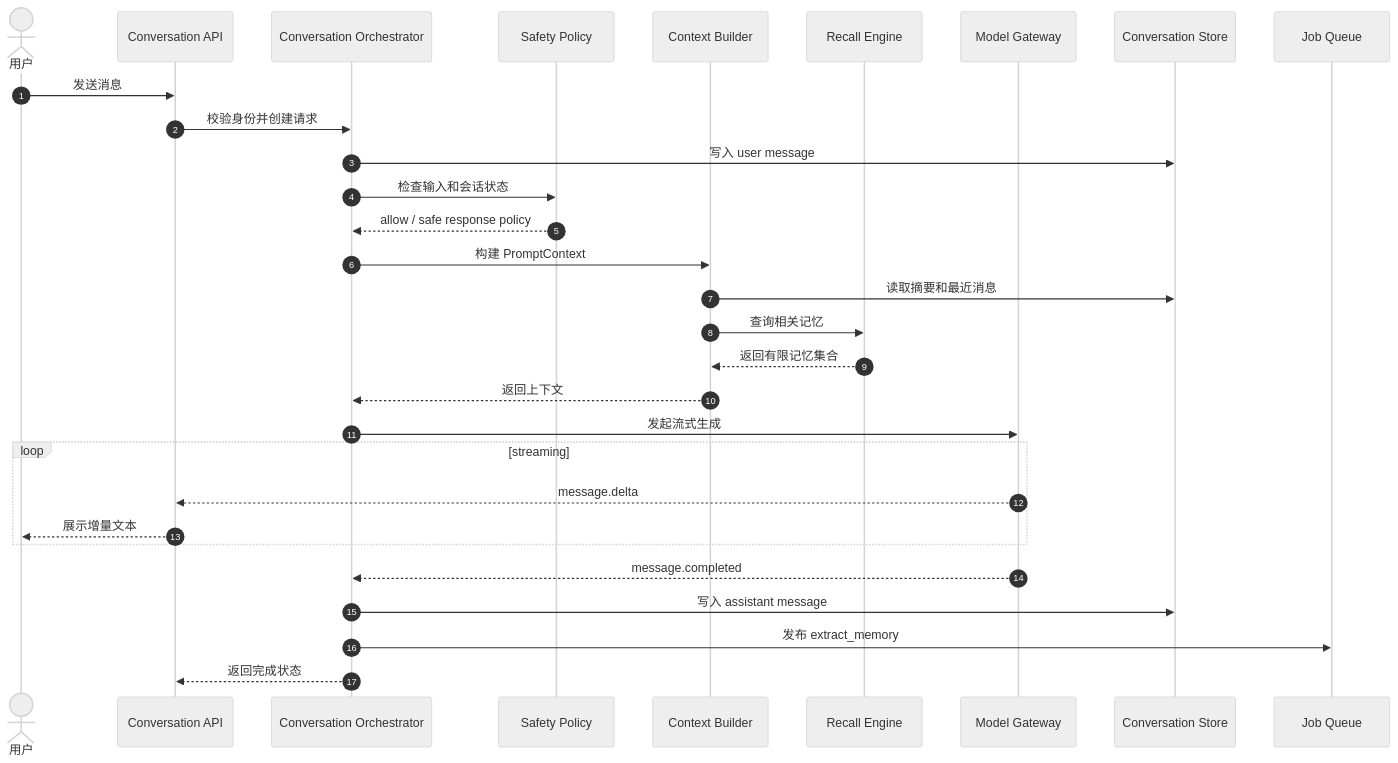
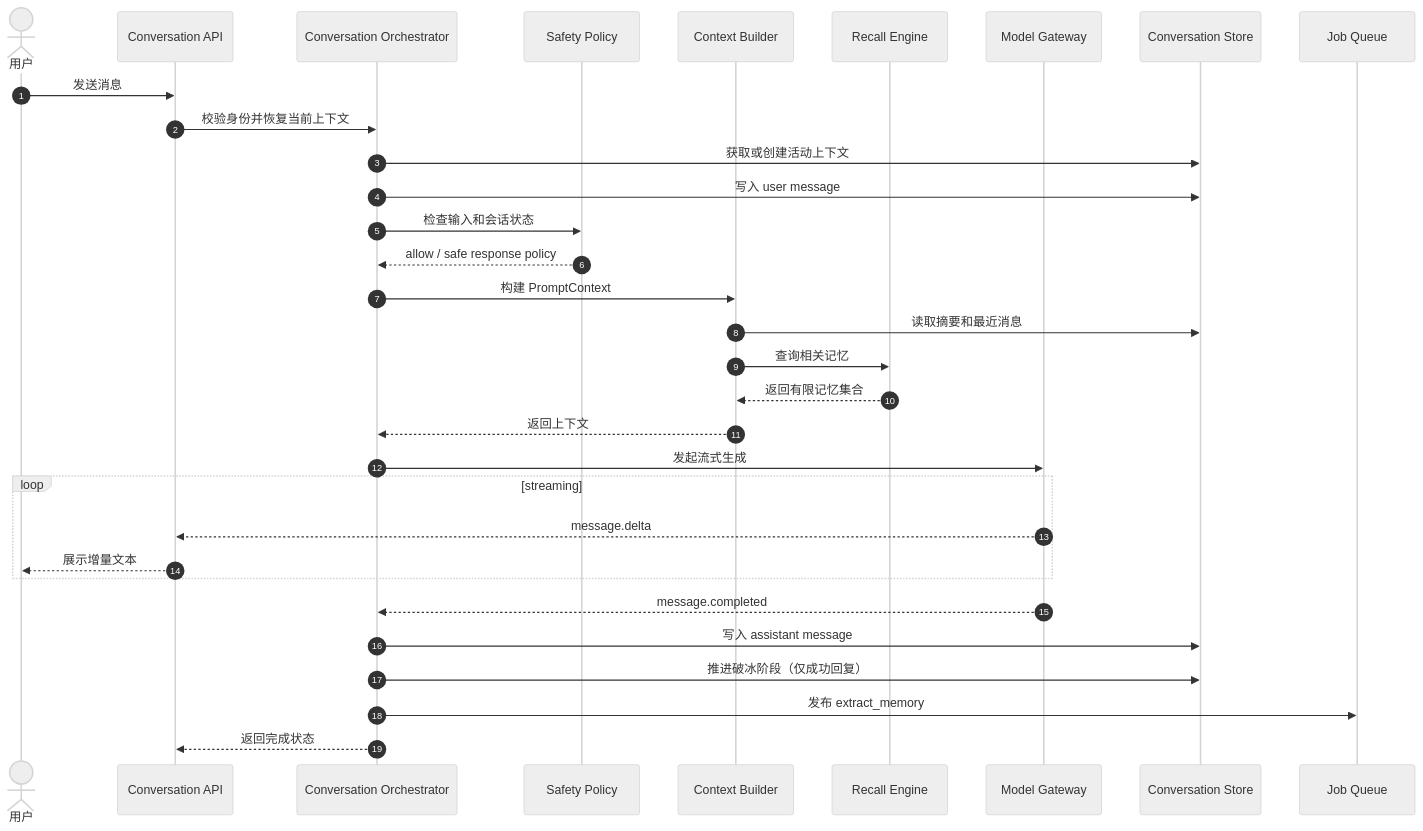
One commit to gaoyong06/companion-service changed the fourth of 11 diagrams in docs/uml.md. Above: the diagram before and after it, drawn with Mermaid (neutral theme). The commit also changed other lines of this file and 50 other files, not shown here.

````diff
--- a/docs/uml.md
+++ b/docs/uml.md
@@ -54,33 +72,35 @@
 ```mermaid
 sequenceDiagram
     autonumber
     actor User as 用户
     participant API as Conversation API
     participant Orchestrator as Conversation Orchestrator
     participant Safety as Safety Policy
     participant Context as Context Builder
     participant Recall as Recall Engine
     participant Model as Model Gateway
     participant Store as Conversation Store
     participant Jobs as Job Queue
 
     User->>API: 发送消息
-    API->>Orchestrator: 校验身份并创建请求
+    API->>Orchestrator: 校验身份并恢复当前上下文
+    Orchestrator->>Store: 获取或创建活动上下文
     Orchestrator->>Store: 写入 user message
     Orchestrator->>Safety: 检查输入和会话状态
     Safety-->>Orchestrator: allow / safe response policy
     Orchestrator->>Context: 构建 PromptContext
     Context->>Store: 读取摘要和最近消息
     Context->>Recall: 查询相关记忆
     Recall-->>Context: 返回有限记忆集合
     Context-->>Orchestrator: 返回上下文
     Orchestrator->>Model: 发起流式生成
     loop streaming
         Model-->>API: message.delta
         API-->>User: 展示增量文本
     end
     Model-->>Orchestrator: message.completed
     Orchestrator->>Store: 写入 assistant message
+    Orchestrator->>Store: 推进破冰阶段（仅成功回复）
     Orchestrator->>Jobs: 发布 extract_memory
     Orchestrator-->>API: 返回完成状态
 ```
````
